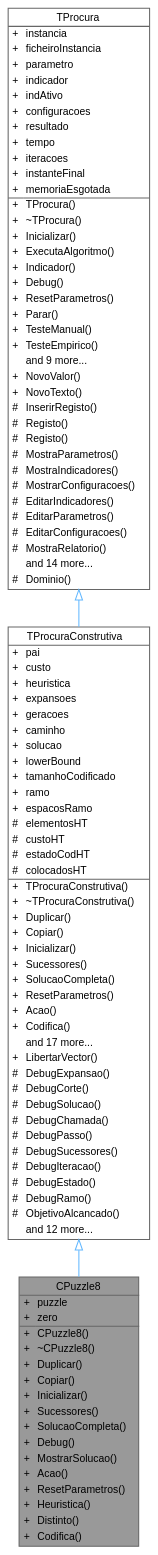
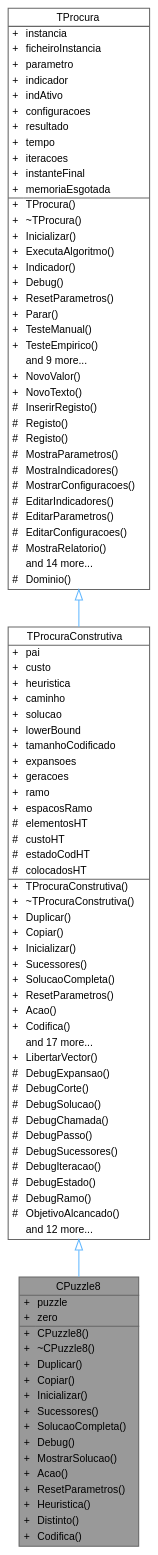
The diagram in classCPuzzle8__inherit__graph.dot (jcoelho72/TProcura), drawn with Graphviz before and after one commit. The commit also changed other lines of this file and 159 other files, not shown here.

```diff
--- a/classCPuzzle8__inherit__graph.dot
+++ b/classCPuzzle8__inherit__graph.dot
@@ -31,12 +31,12 @@
 <TR><TD VALIGN="top" CELLPADDING="1" CELLSPACING="0">+</TD><TD VALIGN="top" ALIGN="LEFT" CELLPADDING="1" CELLSPACING="0">pai<BR ALIGN="LEFT"/></TD></TR>
 <TR><TD VALIGN="top" CELLPADDING="1" CELLSPACING="0">+</TD><TD VALIGN="top" ALIGN="LEFT" CELLPADDING="1" CELLSPACING="0">custo<BR ALIGN="LEFT"/></TD></TR>
 <TR><TD VALIGN="top" CELLPADDING="1" CELLSPACING="0">+</TD><TD VALIGN="top" ALIGN="LEFT" CELLPADDING="1" CELLSPACING="0">heuristica<BR ALIGN="LEFT"/></TD></TR>
-<TR><TD VALIGN="top" CELLPADDING="1" CELLSPACING="0">+</TD><TD VALIGN="top" ALIGN="LEFT" CELLPADDING="1" CELLSPACING="0">expansoes<BR ALIGN="LEFT"/></TD></TR>
-<TR><TD VALIGN="top" CELLPADDING="1" CELLSPACING="0">+</TD><TD VALIGN="top" ALIGN="LEFT" CELLPADDING="1" CELLSPACING="0">geracoes<BR ALIGN="LEFT"/></TD></TR>
 <TR><TD VALIGN="top" CELLPADDING="1" CELLSPACING="0">+</TD><TD VALIGN="top" ALIGN="LEFT" CELLPADDING="1" CELLSPACING="0">caminho<BR ALIGN="LEFT"/></TD></TR>
 <TR><TD VALIGN="top" CELLPADDING="1" CELLSPACING="0">+</TD><TD VALIGN="top" ALIGN="LEFT" CELLPADDING="1" CELLSPACING="0">solucao<BR ALIGN="LEFT"/></TD></TR>
 <TR><TD VALIGN="top" CELLPADDING="1" CELLSPACING="0">+</TD><TD VALIGN="top" ALIGN="LEFT" CELLPADDING="1" CELLSPACING="0">lowerBound<BR ALIGN="LEFT"/></TD></TR>
 <TR><TD VALIGN="top" CELLPADDING="1" CELLSPACING="0">+</TD><TD VALIGN="top" ALIGN="LEFT" CELLPADDING="1" CELLSPACING="0">tamanhoCodificado<BR ALIGN="LEFT"/></TD></TR>
+<TR><TD VALIGN="top" CELLPADDING="1" CELLSPACING="0">+</TD><TD VALIGN="top" ALIGN="LEFT" CELLPADDING="1" CELLSPACING="0">expansoes<BR ALIGN="LEFT"/></TD></TR>
+<TR><TD VALIGN="top" CELLPADDING="1" CELLSPACING="0">+</TD><TD VALIGN="top" ALIGN="LEFT" CELLPADDING="1" CELLSPACING="0">geracoes<BR ALIGN="LEFT"/></TD></TR>
 <TR><TD VALIGN="top" CELLPADDING="1" CELLSPACING="0">+</TD><TD VALIGN="top" ALIGN="LEFT" CELLPADDING="1" CELLSPACING="0">ramo<BR ALIGN="LEFT"/></TD></TR>
 <TR><TD VALIGN="top" CELLPADDING="1" CELLSPACING="0">+</TD><TD VALIGN="top" ALIGN="LEFT" CELLPADDING="1" CELLSPACING="0">espacosRamo<BR ALIGN="LEFT"/></TD></TR>
 <TR><TD VALIGN="top" CELLPADDING="1" CELLSPACING="0">#</TD><TD VALIGN="top" ALIGN="LEFT" CELLPADDING="1" CELLSPACING="0">elementosHT<BR ALIGN="LEFT"/></TD></TR>
```
